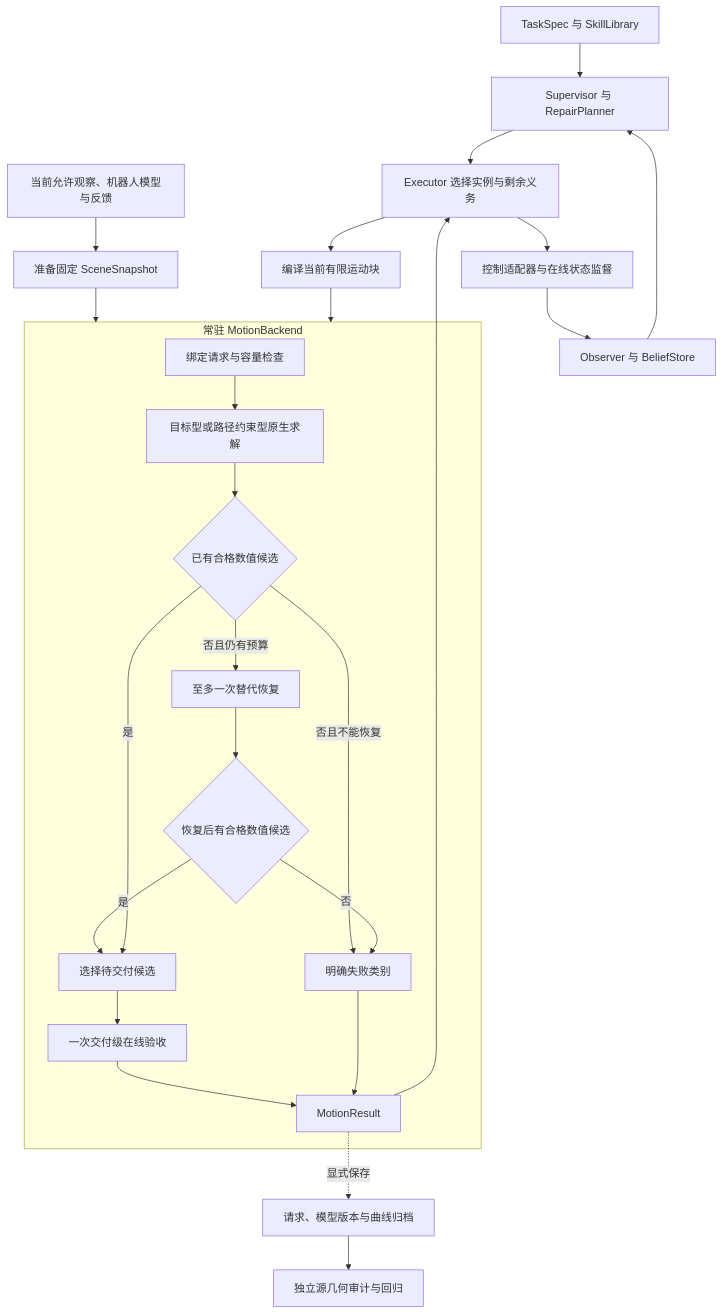
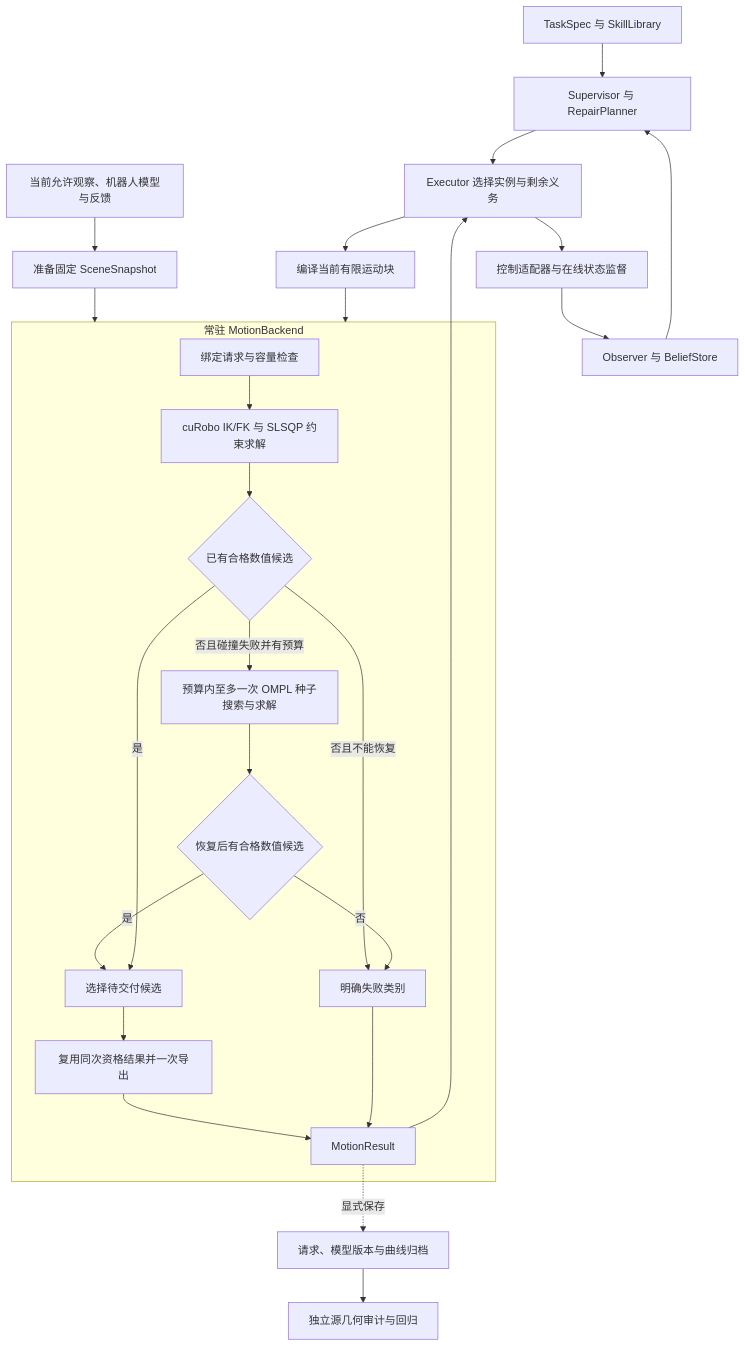
The diagram in motion_planner_prd.md (illusionaryshelter/FUNCTO_public), drawn with Mermaid before and after one commit. The commit also changed other lines of this file and 33 other files, not shown here.

````diff
--- a/motion_planner_prd.md
+++ b/motion_planner_prd.md
@@ -31,28 +34,28 @@
 ```mermaid
 flowchart TD
     T[TaskSpec 与 SkillLibrary] --> S[Supervisor 与 RepairPlanner]
     B[Observer 与 BeliefStore] --> S
     S --> E[Executor 选择实例与剩余义务]
     E --> R[编译当前有限运动块]
     O[当前允许观察、机器人模型与反馈] --> P[准备固定 SceneSnapshot]
     P --> M
     R --> M
     subgraph M[常驻 MotionBackend]
-      I[绑定请求与容量检查] --> K[目标型或路径约束型原生求解]
+      I[绑定请求与容量检查] --> K[cuRobo IK/FK 与 SLSQP 约束求解]
       K --> F{已有合格数值候选}
-      F -->|否且仍有预算| A[至多一次替代恢复]
+      F -->|否且碰撞失败并有预算| A[预算内至多一次 OMPL 种子搜索与求解]
       F -->|否且不能恢复| N[明确失败类别]
       A --> G{恢复后有合格数值候选}
       G -->|否| N
       G -->|是| V[选择待交付候选]
       F -->|是| V
-      V --> C[一次交付级在线验收]
+      V --> C[复用同次资格结果并一次导出]
       C --> X[MotionResult]
       N --> X
     end
     X --> E
     E --> CTRL[控制适配器与在线状态监督]
     CTRL --> B
     X -.显式保存.-> ARCH[请求、模型版本与曲线归档]
     ARCH --> AUDIT[独立源几何审计与回归]
 ```
````
